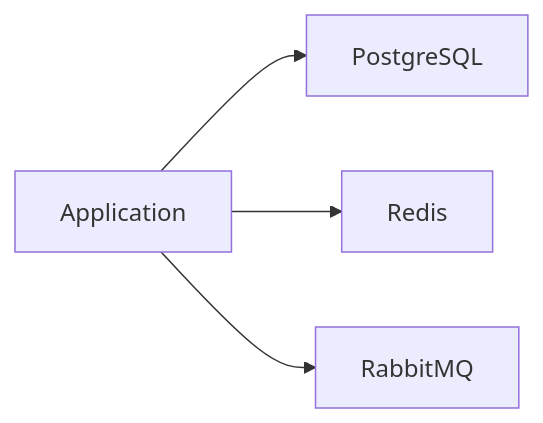
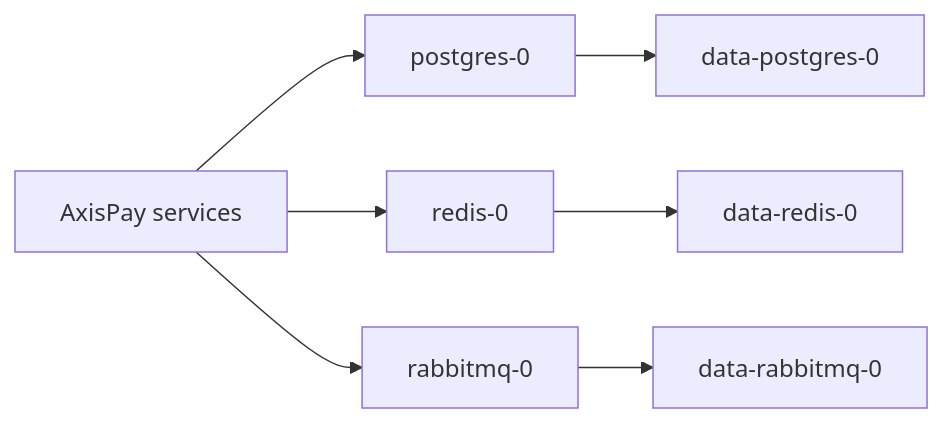
The diagram in days/day3/labs/L3.5-data-tier/README.md (kumbulanit/kubernetescompr), drawn with Mermaid before and after one commit. The commit also changed other lines of this file and 26 other files, not shown here.

````diff
--- a/days/day3/labs/L3.5-data-tier/README.md
+++ b/days/day3/labs/L3.5-data-tier/README.md
@@ -12,6 +33,9 @@
 ```mermaid
 flowchart LR
-  App[Application] --> Postgres[PostgreSQL]
-  App --> Redis[Redis]
-  App --> Rabbit[RabbitMQ]
+  Core[AxisPay services] --> PG[postgres-0]
+  Core --> Redis[redis-0]
+  Core --> MQ[rabbitmq-0]
+  PG --> PVC1[data-postgres-0]
+  Redis --> PVC2[data-redis-0]
+  MQ --> PVC3[data-rabbitmq-0]
 ```
````
